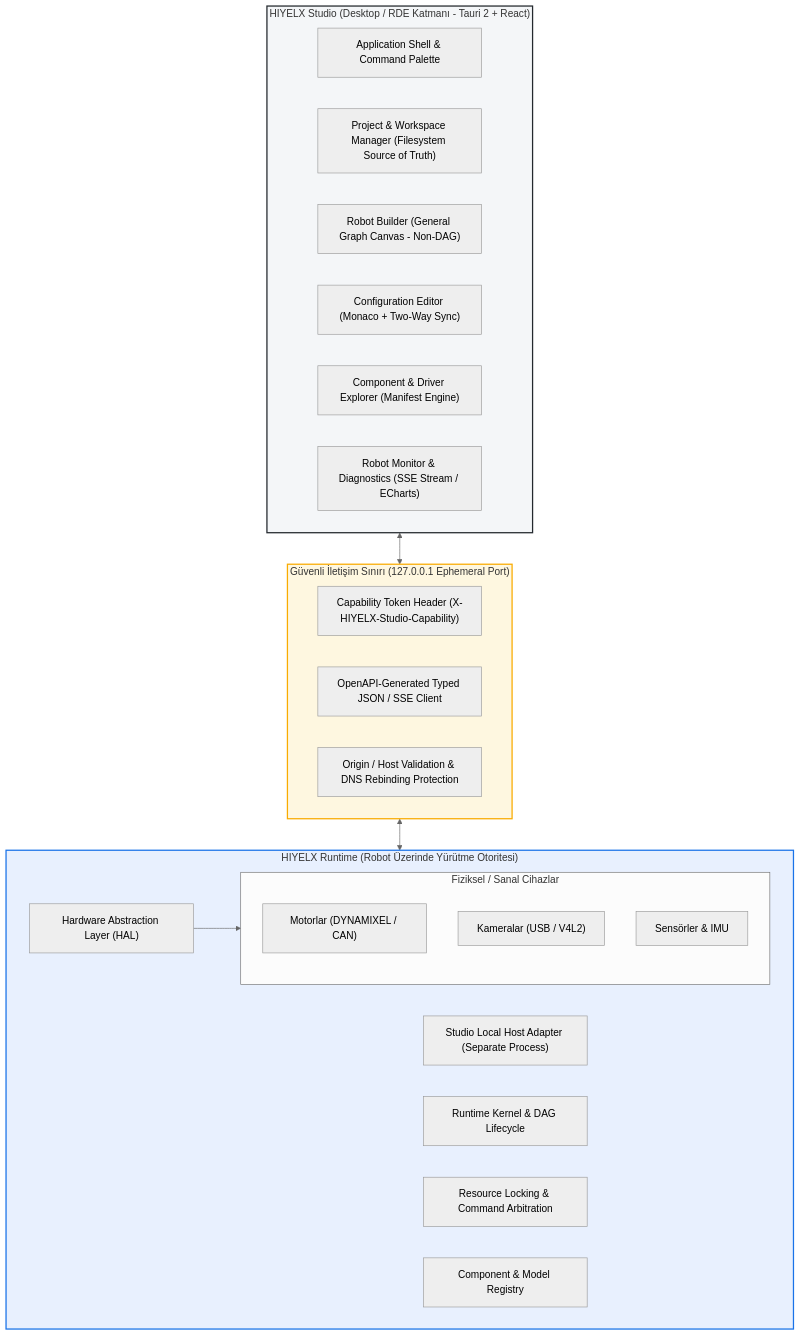
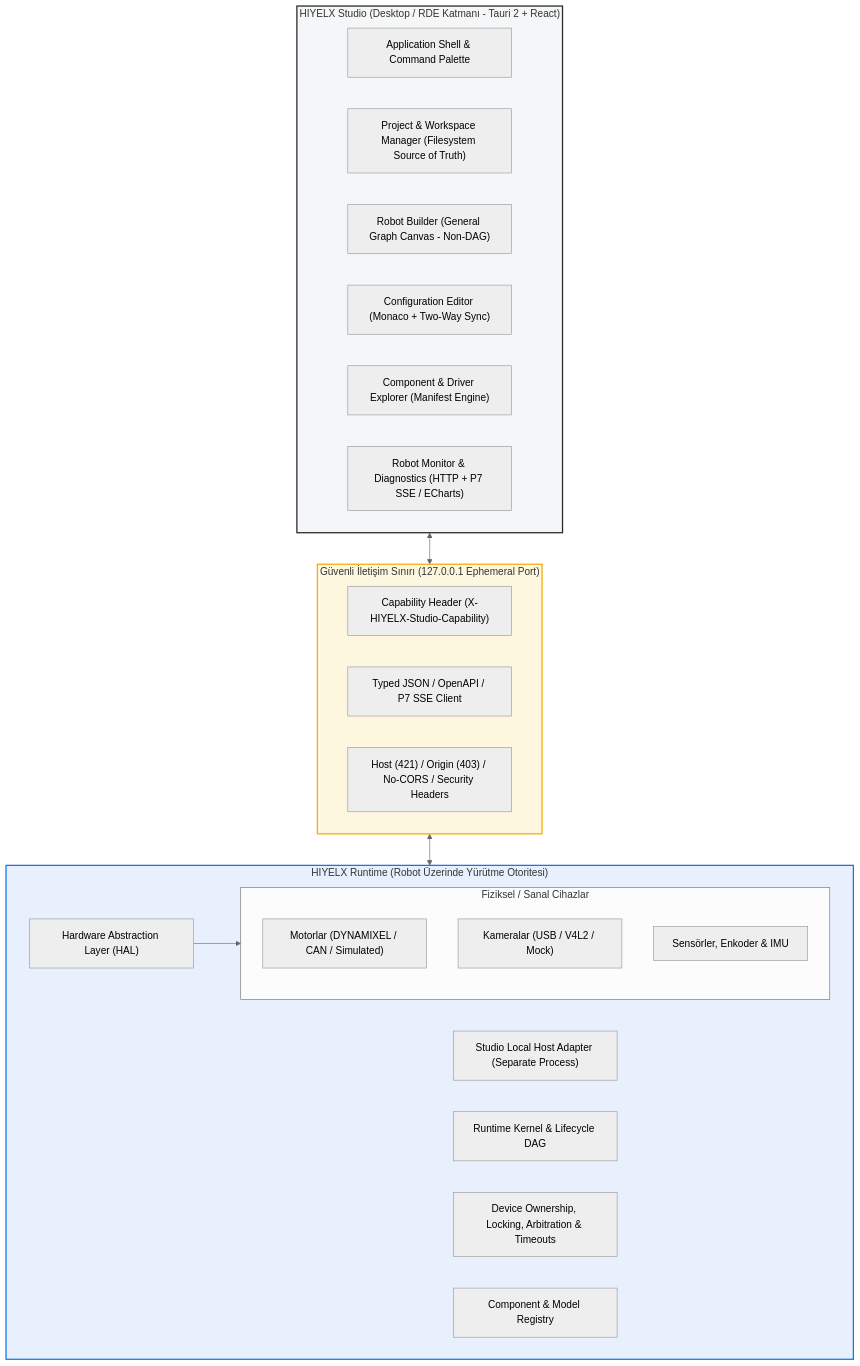
The first of 6 diagrams in docs/architecture/studio-engineering-specification.md (ulasusakli/hiyelx), drawn with Mermaid (neutral theme) before and after one commit. The commit also changed other lines of this file and 4 other files, not shown here.

Commit message:
docs(studio): sync ADR 0002 v1.1, spec, roadmap, and add P3/P4 technical designs

````diff
--- a/docs/architecture/studio-engineering-specification.md
+++ b/docs/architecture/studio-engineering-specification.md
@@ -12,37 +13,37 @@
 ```mermaid
 flowchart TB
     subgraph Studio_Layer["HIYELX Studio (Desktop / RDE Katmanı - Tauri 2 + React)"]
         UI_Shell["Application Shell & Command Palette"]
         Workspace["Project & Workspace Manager (Filesystem Source of Truth)"]
         Builder["Robot Builder (General Graph Canvas - Non-DAG)"]
         ConfigEditor["Configuration Editor (Monaco + Two-Way Sync)"]
         Explorer["Component & Driver Explorer (Manifest Engine)"]
-        Monitor["Robot Monitor & Diagnostics (SSE Stream / ECharts)"]
+        Monitor["Robot Monitor & Diagnostics (HTTP + P7 SSE / ECharts)"]
     end
 
     subgraph Boundary["Güvenli İletişim Sınırı (127.0.0.1 Ephemeral Port)"]
-        TokenAuth["Capability Token Header (X-HIYELX-Studio-Capability)"]
-        TypedClient["OpenAPI-Generated Typed JSON / SSE Client"]
-        SecurityChecks["Origin / Host Validation & DNS Rebinding Protection"]
+        TokenAuth["Capability Header (X-HIYELX-Studio-Capability)"]
+        TypedClient["Typed JSON / OpenAPI / P7 SSE Client"]
+        SecurityChecks["Host (421) / Origin (403) / No-CORS / Security Headers"]
     end
 
     subgraph Runtime_Layer["HIYELX Runtime (Robot Üzerinde Yürütme Otoritesi)"]
         APIHost["Studio Local Host Adapter (Separate Process)"]
-        Kernel["Runtime Kernel & DAG Lifecycle"]
-        Arbitration["Resource Locking & Command Arbitration"]
+        Kernel["Runtime Kernel & Lifecycle DAG"]
+        Arbitration["Device Ownership, Locking, Arbitration & Timeouts"]
         Registry["Component & Model Registry"]
         HAL["Hardware Abstraction Layer (HAL)"]
         subgraph Hardware["Fiziksel / Sanal Cihazlar"]
-            Motors["Motorlar (DYNAMIXEL / CAN)"]
-            Cameras["Kameralar (USB / V4L2)"]
-            Sensors["Sensörler & IMU"]
+            Motors["Motorlar (DYNAMIXEL / CAN / Simulated)"]
+            Cameras["Kameralar (USB / V4L2 / Mock)"]
+            Sensors["Sensörler, Enkoder & IMU"]
         end
     end
 
     Studio_Layer <--> Boundary <--> Runtime_Layer
     HAL --> Hardware
 
     style Studio_Layer fill:#f4f6f8,stroke:#24292e,stroke-width:2px
     style Runtime_Layer fill:#e8f0fe,stroke:#1a73e8,stroke-width:2px
     style Boundary fill:#fef7e0,stroke:#f9ab00,stroke-width:2px
 ```
````
